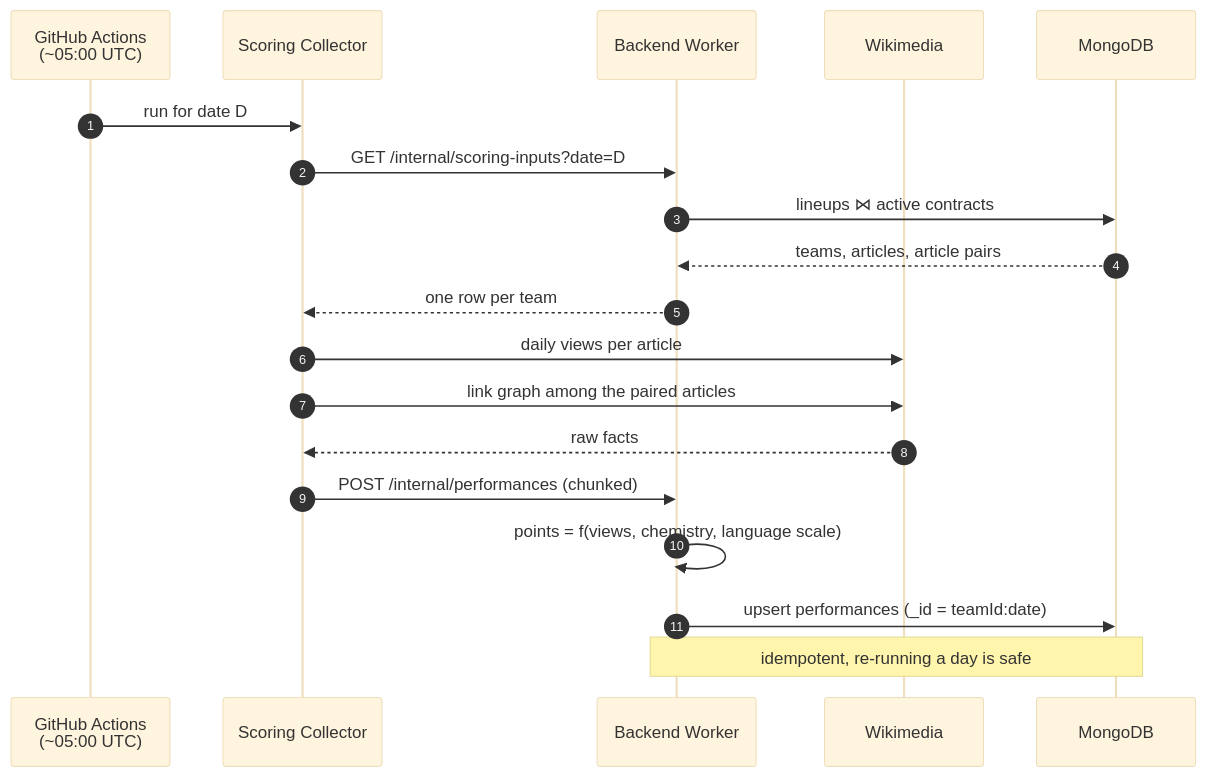
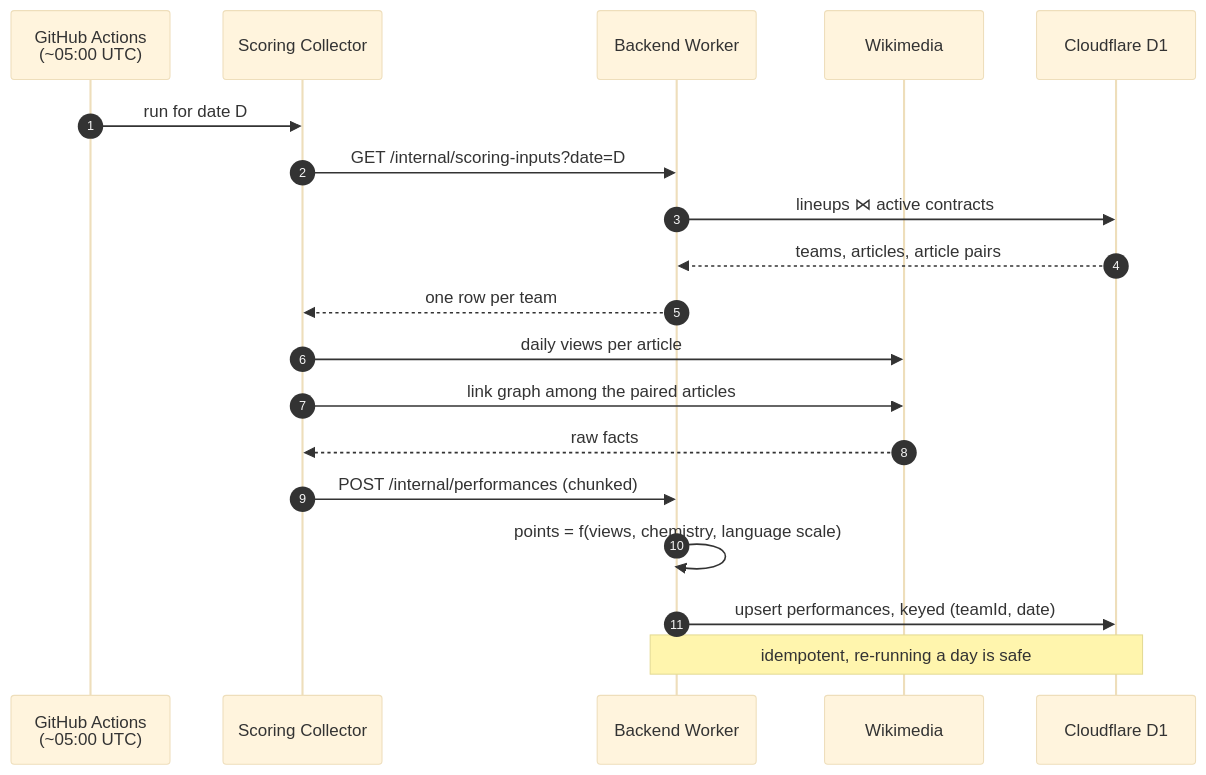
Before and after one commit to FantasyWiki/FantasyWiki: the third of 3 diagrams in docs/site/pages/overview/what-is-fantasywiki.md, drawn with Mermaid (base theme). The commit also changed other lines of this file and 30 other files, not shown here.

````diff
--- a/docs/site/pages/overview/what-is-fantasywiki.md
+++ b/docs/site/pages/overview/what-is-fantasywiki.md
@@ -108,22 +108,22 @@
 ```mermaid
 sequenceDiagram
   autonumber
   participant CRON as GitHub Actions<br/>(~05:00 UTC)
   participant COL as Scoring Collector
   participant BE as Backend Worker
   participant WM as Wikimedia
-  participant DB as MongoDB
+  participant DB as Cloudflare D1
 
   CRON->>COL: run for date D
   COL->>BE: GET /internal/scoring-inputs?date=D
   BE->>DB: lineups ⋈ active contracts
   DB-->>BE: teams, articles, article pairs
   BE-->>COL: one row per team
   COL->>WM: daily views per article
   COL->>WM: link graph among the paired articles
   WM-->>COL: raw facts
   COL->>BE: POST /internal/performances (chunked)
   BE->>BE: points = f(views, chemistry, language scale)
-  BE->>DB: upsert performances (_id = teamId:date)
+  BE->>DB: upsert performances, keyed (teamId, date)
   Note over BE,DB: idempotent, re-running a day is safe
 ```
````
